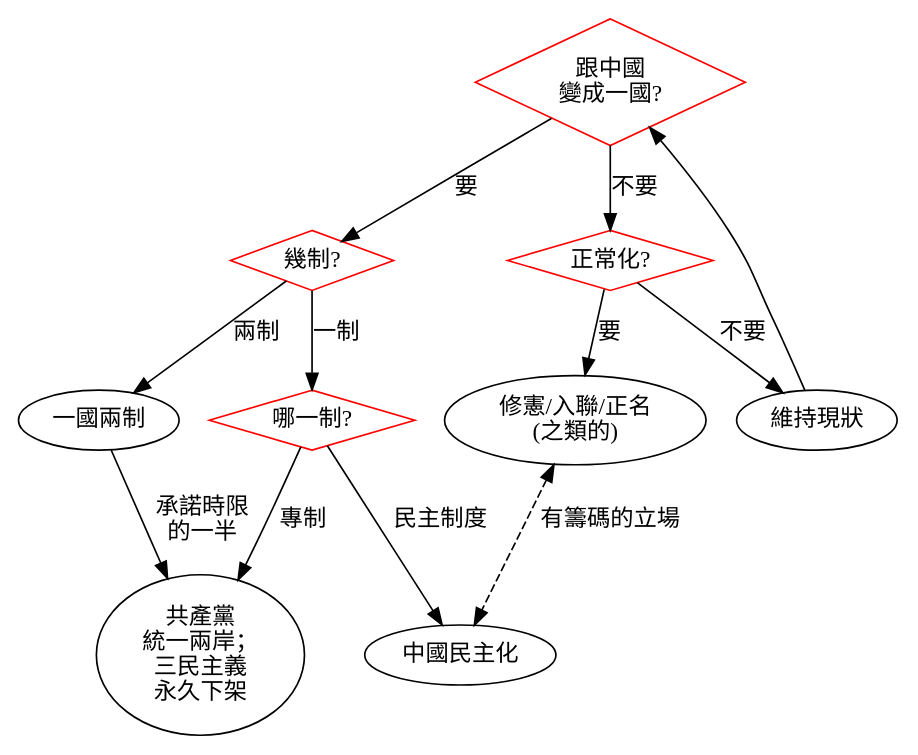
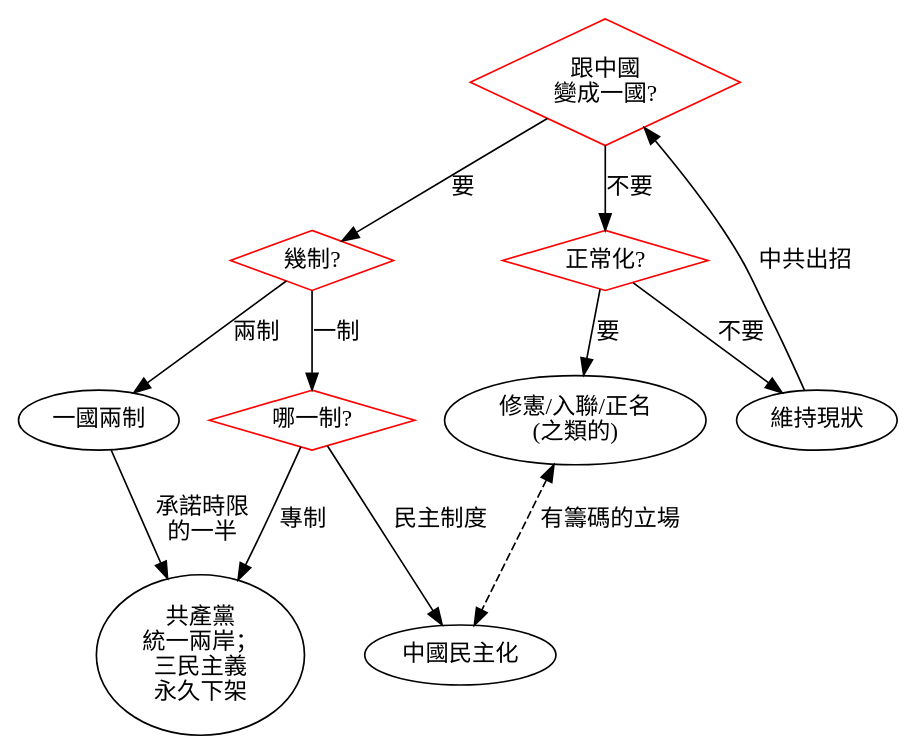
Before and after one commit to ckhung/ckhung.github.io: the diagram in a/m/20/twdt.dot, drawn with Graphviz. The commit also changed 1 other file, not shown here.

```diff
--- a/a/m/20/twdt.dot
+++ b/a/m/20/twdt.dot
@@ -1,28 +1,28 @@
 // dot -Tsvg boot.dot > boot.svg
 digraph "臺灣前途決策樹" {
 
     rankdir = TB;
     overlap = scale;
 
     uniteQ [ shape=diamond; color="red"; label="跟中國\n變成一國?" ];
     sameQ [ shape=diamond; color="red"; label="幾制?" ];
     regQ [ shape=diamond; color="red"; label="正常化?" ];
     democraticQ [ shape=diamond; color="red"; label="哪一制?" ];
     octs [ label="一國兩制" ];
     ccp [ label="共產黨\n統一兩岸；\n三民主義\n永久下架" ];
     demo [ label="中國民主化" ];
     quo [ label="維持現狀" ];
     taiwan [ label="修憲/入聯/正名\n(之類的)" ];
 
     uniteQ -> regQ [ label="不要" ];
     uniteQ -> sameQ [ label="要" ];
     sameQ -> democraticQ [ label="一制" ];
     sameQ -> octs [ label="兩制" ];
     democraticQ -> ccp [ label="專制" ];
     democraticQ -> demo [ label="民主制度" ];
     octs -> ccp [ label="承諾時限\n的一半" ];
     regQ -> quo [ label="不要" ];
     regQ -> taiwan [ label="要" ];
     taiwan -> demo [ label="有籌碼的立場"; dir=both; style=dashed ];
-    quo -> uniteQ;
+    quo -> uniteQ [ label="中共出招" ];
 }
```
